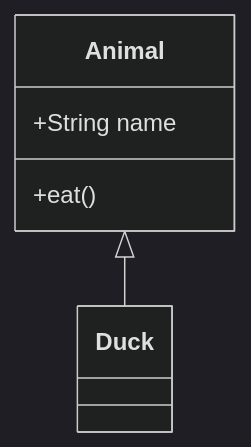
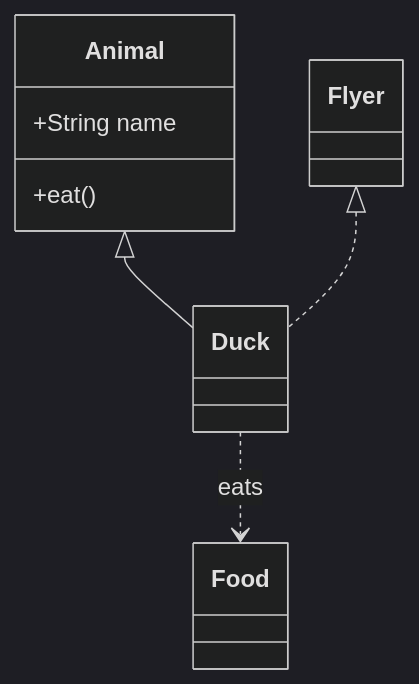
One commit to remideboer/markdownviewer changed the third of 4 diagrams in samples/demo.md. Above: the diagram before and after it, drawn with Mermaid (dark theme). The commit also changed 4 other files, not shown here.

First line of the commit message:
feat: add class relation types and diagram direction

````diff
--- a/samples/demo.md
+++ b/samples/demo.md
@@ -45,9 +45,14 @@
 ```mermaid
 classDiagram
+  direction TB
   class Animal {
     +String name
     +eat()
   }
   class Duck
+  class Flyer
+  class Food
   Animal <|-- Duck
+  Flyer <|.. Duck
+  Duck ..> Food : eats
 ```
````
